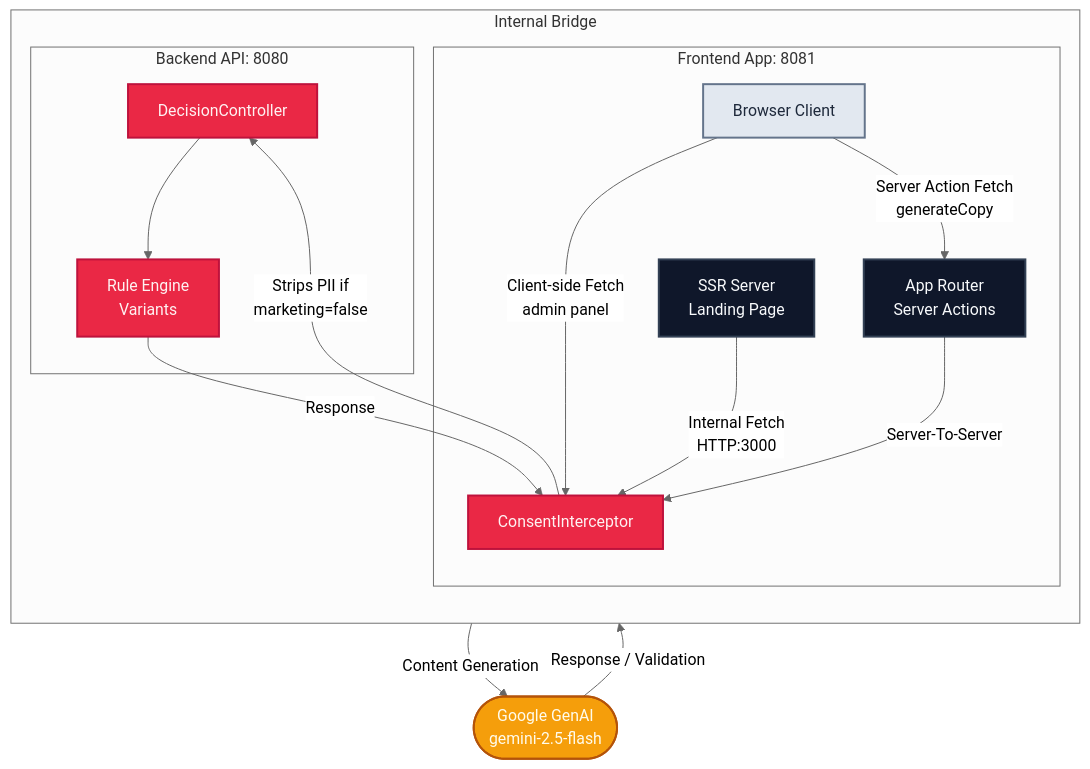
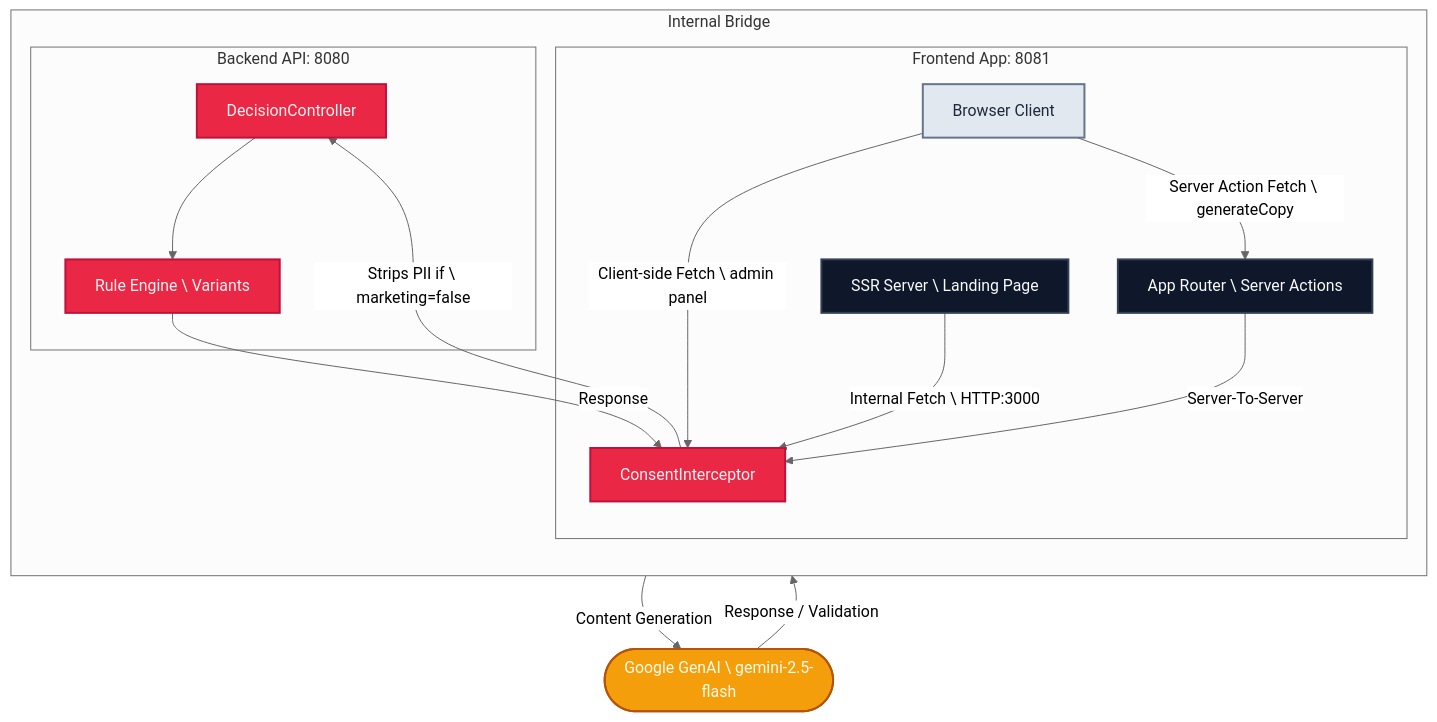
Before and after one commit to Ahmed-Naeim/decisioning-engine-monorepo: the first of 2 diagrams in ARCHITECTURE.md, drawn with Mermaid (neutral theme).

````diff
--- a/ARCHITECTURE.md
+++ b/ARCHITECTURE.md
@@ -7,38 +7,38 @@
 ```mermaid
 graph TD
     %% Define styles
     classDef client fill:#E2E8F0,stroke:#64748B,stroke-width:2px,color:#1E293B
     classDef nextjs fill:#0F172A,stroke:#334155,stroke-width:2px,color:#F8FAFC
     classDef nestjs fill:#EA2845,stroke:#BE123C,stroke-width:2px,color:#FEF2F2
     classDef external fill:#F59E0B,stroke:#B45309,stroke-width:2px,color:#FFFBEB
     classDef docker fill:#0284C7,stroke:#0369A1,stroke-width:2px,color:#F0F9FF,stroke-dasharray: 5 5
 
     subgraph DockerNetwork [Internal Bridge]
         direction TB
         
         subgraph NextJSWorkspace [Frontend App: 8081]
-            A[Browser Client]:::client -->|Client-side Fetch \n admin panel| D
-            A -->|Server Action Fetch \n generateCopy| B
+            A[Browser Client]:::client -->|Client-side Fetch \ admin panel| D
+            A -->|Server Action Fetch \ generateCopy| B
             
-            B[App Router \n Server Actions]:::nextjs
-            C[SSR Server \n Landing Page]:::nextjs
+            B[App Router \ Server Actions]:::nextjs
+            C[SSR Server \ Landing Page]:::nextjs
         end
 
         subgraph NestJSWorkspace [Backend API: 8080]
             D[ConsentInterceptor]:::nestjs
             E[DecisionController]:::nestjs
-            F[Rule Engine \n Variants]:::nestjs
+            F[Rule Engine \ Variants]:::nestjs
             
-            D -->|Strips PII if\n marketing=false| E
+            D -->|Strips PII if \ marketing=false| E
             E --> F
             F -->|Response| D
         end
         
-        C -->|Internal Fetch \n HTTP:3000| D
+        C -->|Internal Fetch \ HTTP:3000| D
         B -->|Server-To-Server| D
     end
 
-    G([Google GenAI \n gemini-2.5-flash]):::external
+    G([Google GenAI \ gemini-2.5-flash]):::external
     B -->|Content Generation| G
     G -->|Response / Validation| B
 ```
````
